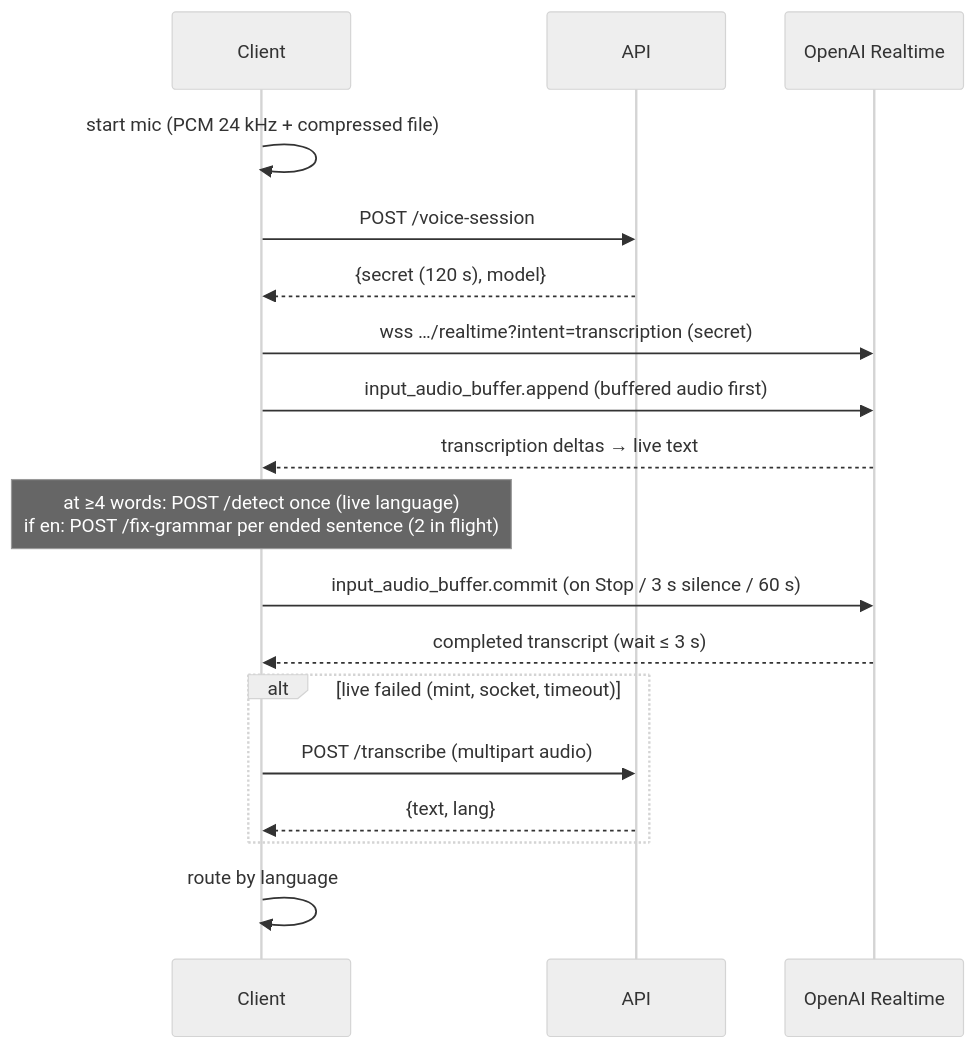
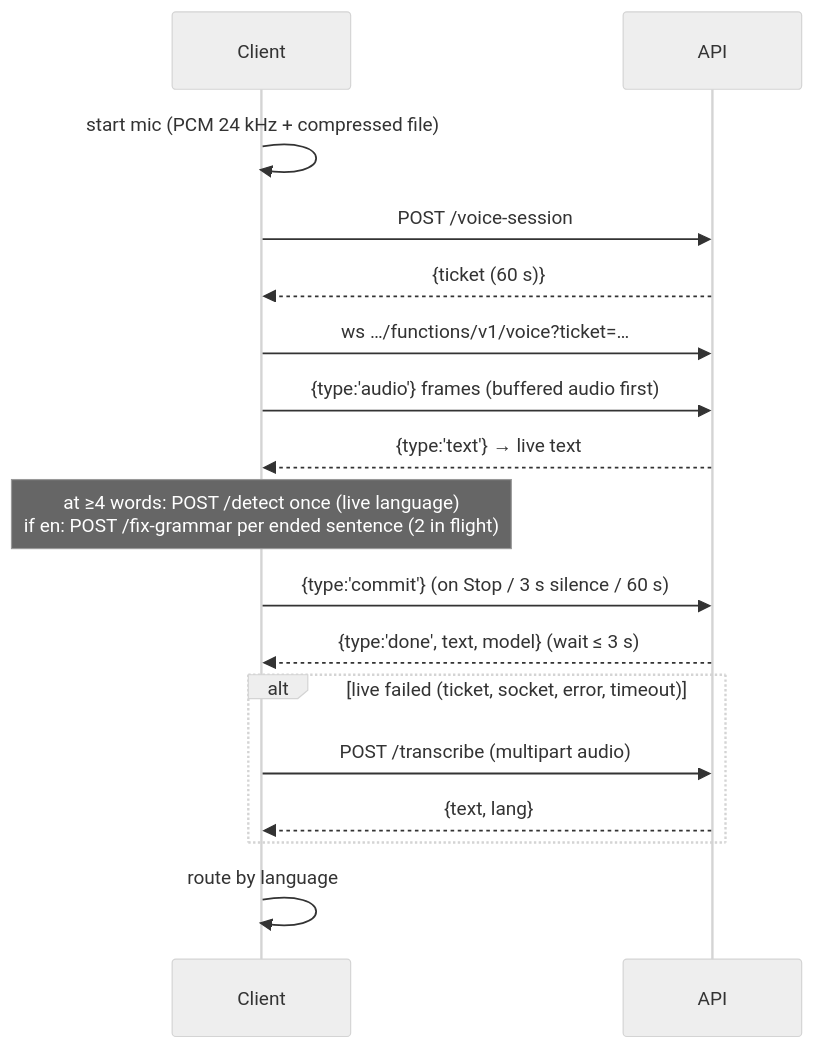
Before and after one commit to VadLogan/ai-translator: the second of 2 diagrams in docs/frontend.md, drawn with Mermaid (neutral theme). The commit also changed other lines of this file and 134 other files, not shown here.

````diff
--- a/docs/frontend.md
+++ b/docs/frontend.md
@@ -123,20 +123,19 @@
 ```mermaid
 sequenceDiagram
   participant C as Client
   participant A as API
-  participant O as OpenAI Realtime
   C->>C: start mic (PCM 24 kHz + compressed file)
   C->>A: POST /voice-session
-  A-->>C: {secret (120 s), model}
-  C->>O: wss …/realtime?intent=transcription (secret)
-  C->>O: input_audio_buffer.append (buffered audio first)
-  O-->>C: transcription deltas → live text
+  A-->>C: {ticket (60 s)}
+  C->>A: ws …/functions/v1/voice?ticket=…
+  C->>A: {type:'audio'} frames (buffered audio first)
+  A-->>C: {type:'text'} → live text
   Note over C: at ≥4 words: POST /detect once (live language)<br/>if en: POST /fix-grammar per ended sentence (2 in flight)
-  C->>O: input_audio_buffer.commit (on Stop / 3 s silence / 60 s)
-  O-->>C: completed transcript (wait ≤ 3 s)
-  alt live failed (mint, socket, timeout)
+  C->>A: {type:'commit'} (on Stop / 3 s silence / 60 s)
+  A-->>C: {type:'done', text, model} (wait ≤ 3 s)
+  alt live failed (ticket, socket, error, timeout)
     C->>A: POST /transcribe (multipart audio)
     A-->>C: {text, lang}
   end
   C->>C: route by language
 ```
````
